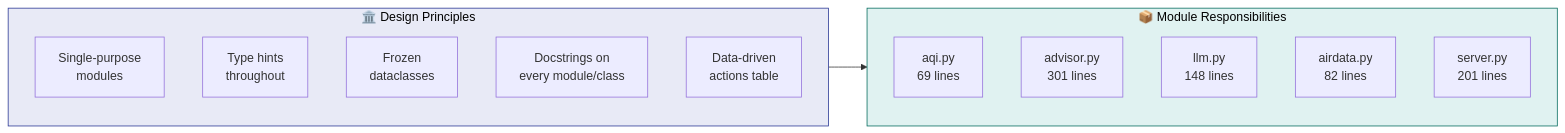
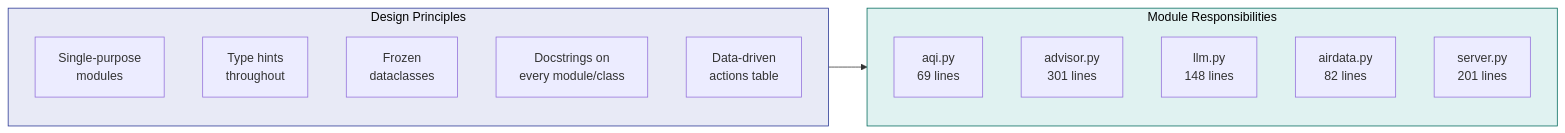
One commit to kanojiaatharva/urban-air-assistant changed the seventh of 11 diagrams in README.md. Above: the diagram before and after it, drawn with Mermaid. The commit also changed other lines of this file and 2 other files, not shown here.

````diff
--- a/README.md
+++ b/README.md
@@ -375,23 +375,23 @@
 ```mermaid
 flowchart LR
-    subgraph Principles["🏛️ Design Principles"]
+    subgraph Principles["Design Principles"]
         SP["Single-purpose\nmodules"]
         TH["Type hints\nthroughout"]
         FD["Frozen\ndataclasses"]
         DS["Docstrings on\nevery module/class"]
         DT["Data-driven\nactions table"]
     end
 
-    subgraph Modules["📦 Module Responsibilities"]
+    subgraph Modules["Module Responsibilities"]
         AQI2["aqi.py\n69 lines"]
         ADV2["advisor.py\n301 lines"]
         LLM2["llm.py\n148 lines"]
         AIR2["airdata.py\n82 lines"]
         SRV2["server.py\n201 lines"]
     end
 
     Principles --> Modules
 
     style Principles fill:#e8eaf6,stroke:#283593,color:#000
     style Modules fill:#e0f2f1,stroke:#00695c,color:#000
 ```
````
